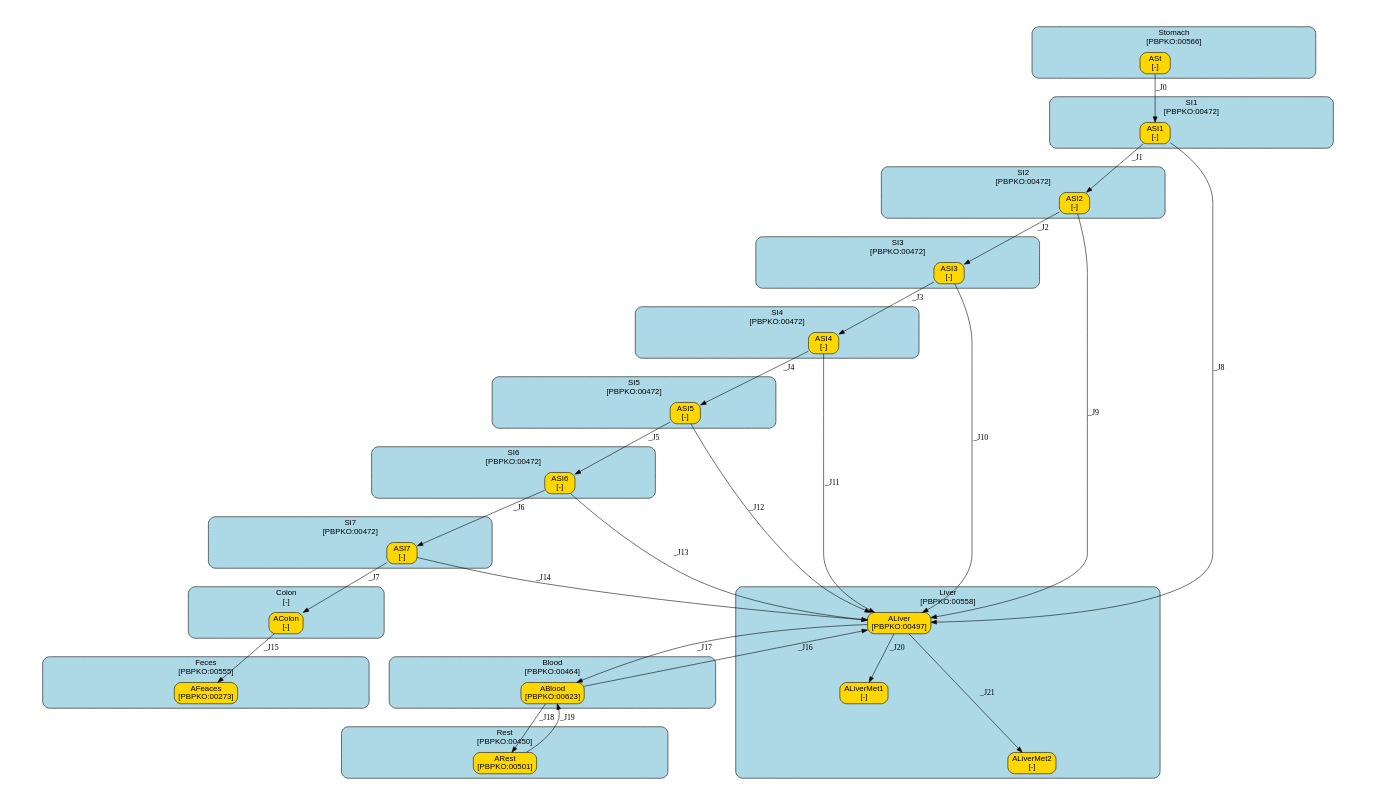
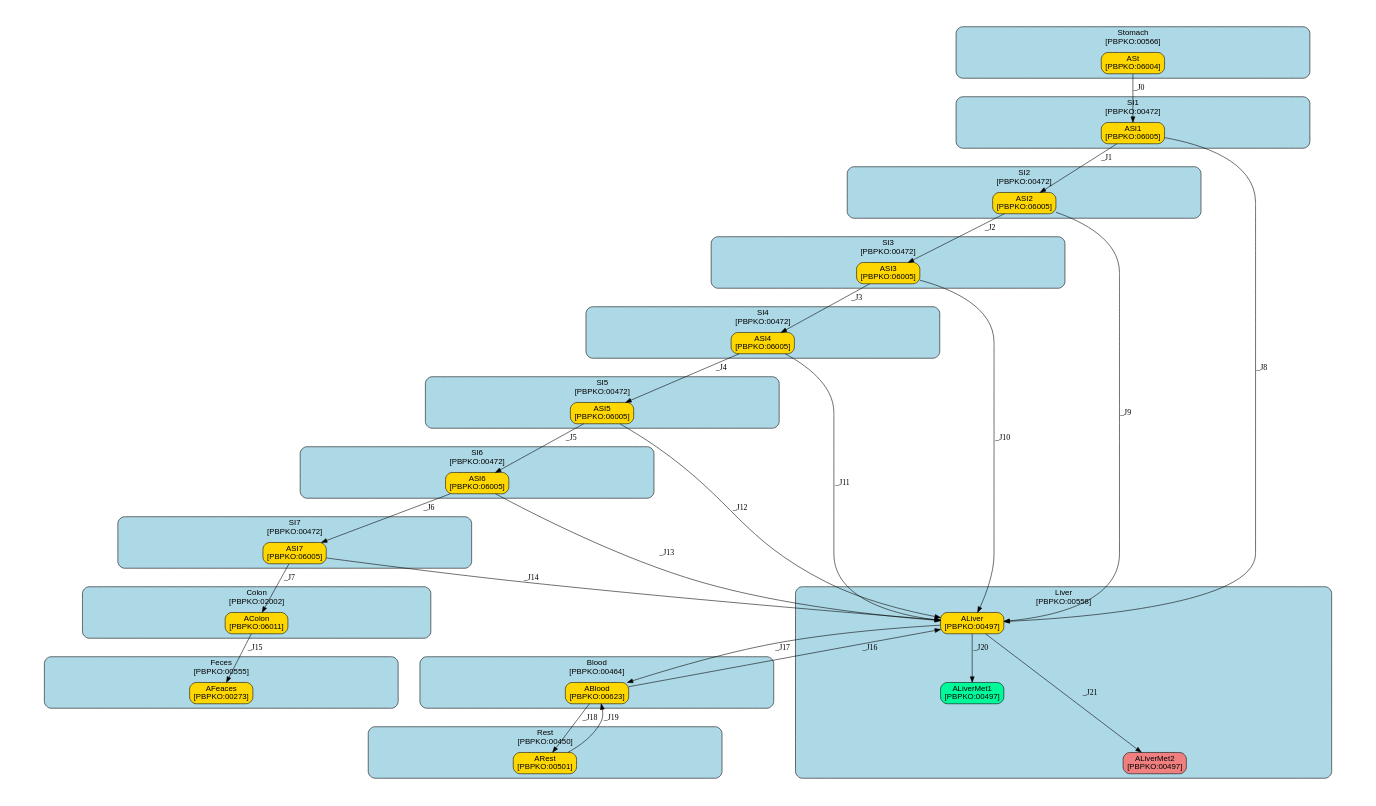
Before and after one commit to fair-pbk/exposure-route-pbk-models: the diagram in models/oral/Mycotoxins/Gilbert_Sandoval/summary.dot, drawn with Graphviz. The commit also changed 174 other files, not shown here.

```diff
--- a/models/oral/Mycotoxins/Gilbert_Sandoval/summary.dot
+++ b/models/oral/Mycotoxins/Gilbert_Sandoval/summary.dot
@@ -17,7 +17,7 @@
 			fillcolor=gold,
 			href="#species-ASt",
 			label="ASt
-[-]",
+[PBPKO:06004]",
 			shape=box,
 			style="filled,rounded"];
 	}
@@ -35,7 +35,7 @@
 			fillcolor=gold,
 			href="#species-ASI1",
 			label="ASI1
-[-]",
+[PBPKO:06005]",
 			shape=box,
 			style="filled,rounded"];
 	}
@@ -53,7 +53,7 @@
 			fillcolor=gold,
 			href="#species-ASI2",
 			label="ASI2
-[-]",
+[PBPKO:06005]",
 			shape=box,
 			style="filled,rounded"];
 	}
@@ -71,7 +71,7 @@
 			fillcolor=gold,
 			href="#species-ASI3",
 			label="ASI3
-[-]",
+[PBPKO:06005]",
 			shape=box,
 			style="filled,rounded"];
 	}
@@ -89,7 +89,7 @@
 			fillcolor=gold,
 			href="#species-ASI4",
 			label="ASI4
-[-]",
+[PBPKO:06005]",
 			shape=box,
 			style="filled,rounded"];
 	}
@@ -107,7 +107,7 @@
 			fillcolor=gold,
 			href="#species-ASI5",
 			label="ASI5
-[-]",
+[PBPKO:06005]",
 			shape=box,
 			style="filled,rounded"];
 	}
@@ -125,7 +125,7 @@
 			fillcolor=gold,
 			href="#species-ASI6",
 			label="ASI6
-[-]",
+[PBPKO:06005]",
 			shape=box,
 			style="filled,rounded"];
 	}
@@ -143,7 +143,7 @@
 			fillcolor=gold,
 			href="#species-ASI7",
 			label="ASI7
-[-]",
+[PBPKO:06005]",
 			shape=box,
 			style="filled,rounded"];
 	}
@@ -153,7 +153,7 @@
 			fontname=Arial,
 			href="#compartment-Colon",
 			label="Colon
-[-]",
+[PBPKO:02002]",
 			shape=box,
 			style="filled,rounded"
 		];
@@ -161,7 +161,7 @@
 			fillcolor=gold,
 			href="#species-AColon",
 			label="AColon
-[-]",
+[PBPKO:06011]",
 			shape=box,
 			style="filled,rounded"];
 	}
@@ -183,17 +183,17 @@
 			shape=box,
 			style="filled,rounded"];
 		ALiverMet1	[color=black,
-			fillcolor=gold,
+			fillcolor=mediumspringgreen,
 			href="#species-ALiverMet1",
 			label="ALiverMet1
-[-]",
+[PBPKO:00497]",
 			shape=box,
 			style="filled,rounded"];
 		ALiverMet2	[color=black,
-			fillcolor=gold,
+			fillcolor=lightcoral,
 			href="#species-ALiverMet2",
 			label="ALiverMet2
-[-]",
+[PBPKO:00497]",
 			shape=box,
 			style="filled,rounded"];
 	}
```
